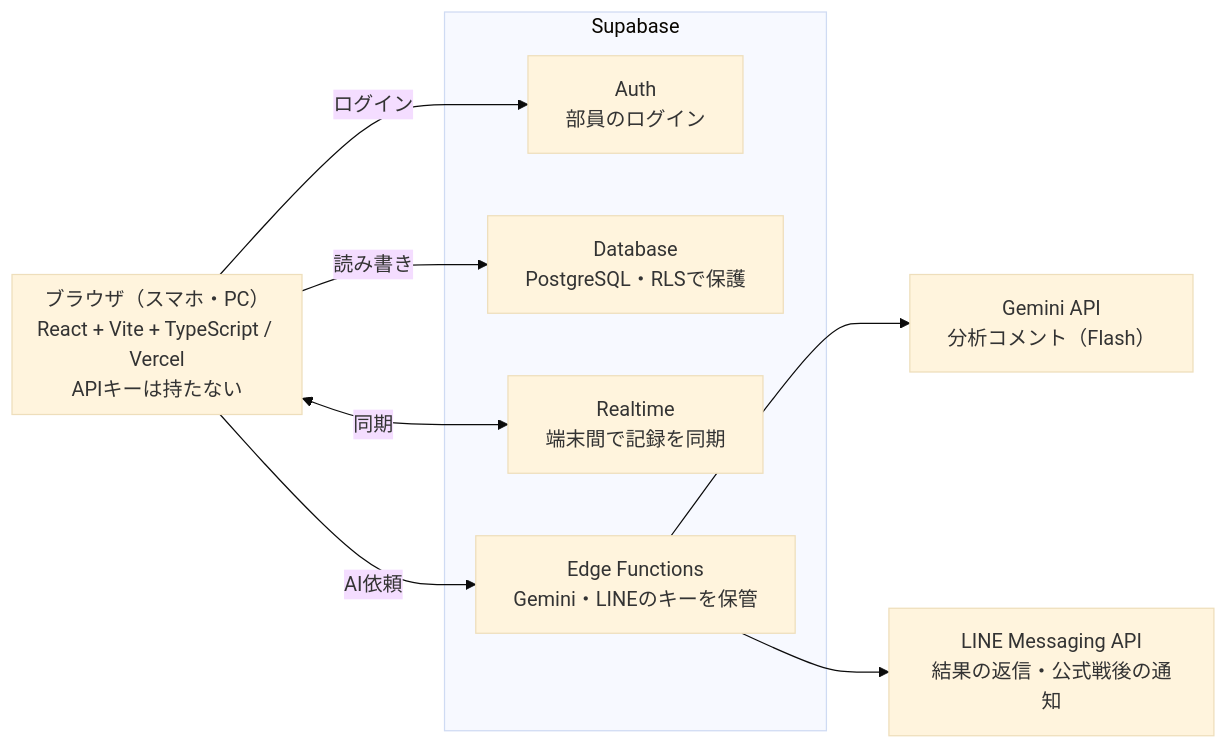
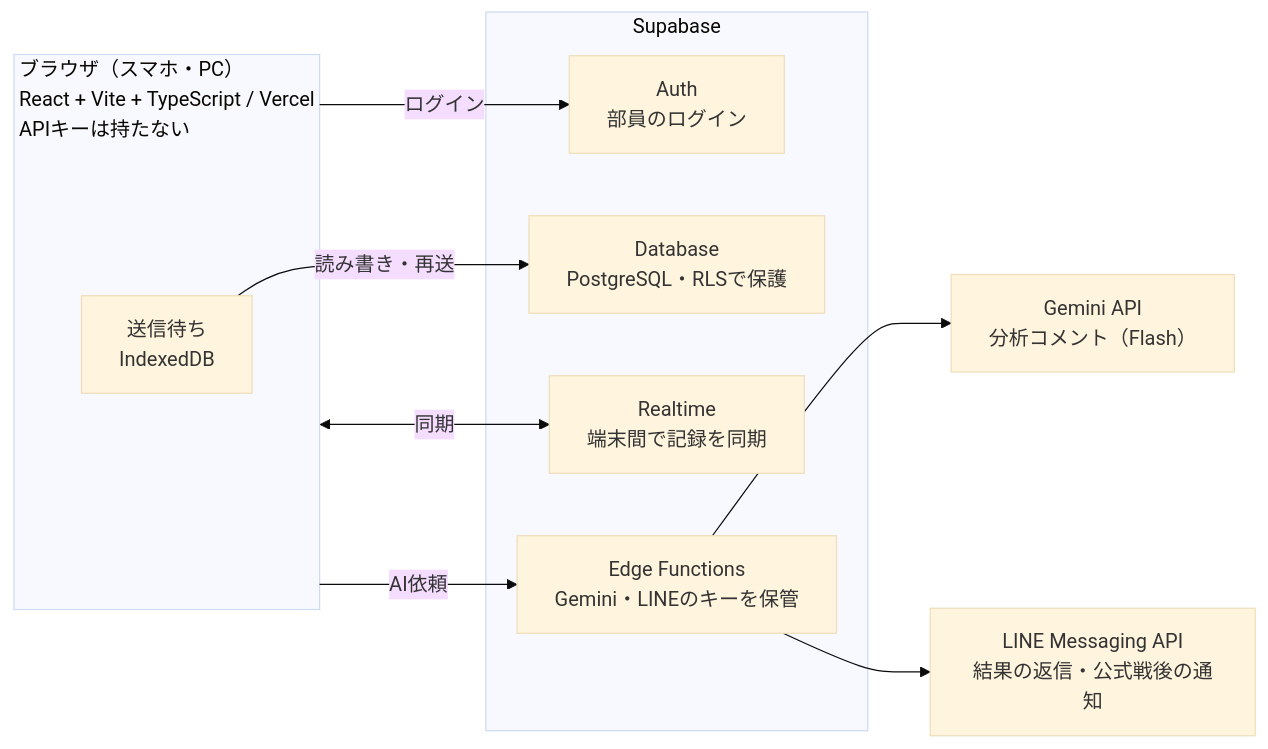
The diagram in docs/requirements.md (rururena6607/KazuoLovers), drawn with Mermaid (base theme) before and after one commit. The commit also changed other lines of this file, not shown here.

````diff
--- a/docs/requirements.md
+++ b/docs/requirements.md
@@ -209,17 +251,18 @@
 ```mermaid
 flowchart LR
   subgraph B["ブラウザ（スマホ・PC）<br/>React + Vite + TypeScript / Vercel<br/>APIキーは持たない"]
+    Q["送信待ち<br/>IndexedDB"]
   end
   subgraph S["Supabase"]
     AUTH["Auth<br/>部員のログイン"]
     DB["Database<br/>PostgreSQL・RLSで保護"]
     RT["Realtime<br/>端末間で記録を同期"]
     EF["Edge Functions<br/>Gemini・LINEのキーを保管"]
   end
   B -- ログイン --> AUTH
-  B -- 読み書き --> DB
+  Q -- 読み書き・再送 --> DB
   B <-- 同期 --> RT
   B -- AI依頼 --> EF
   EF --> GM["Gemini API<br/>分析コメント（Flash）"]
   EF --> LN["LINE Messaging API<br/>結果の返信・公式戦後の通知"]
 ```
````
